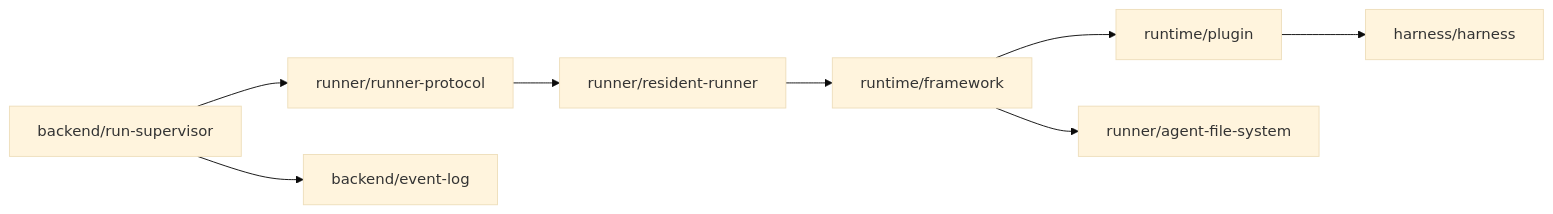
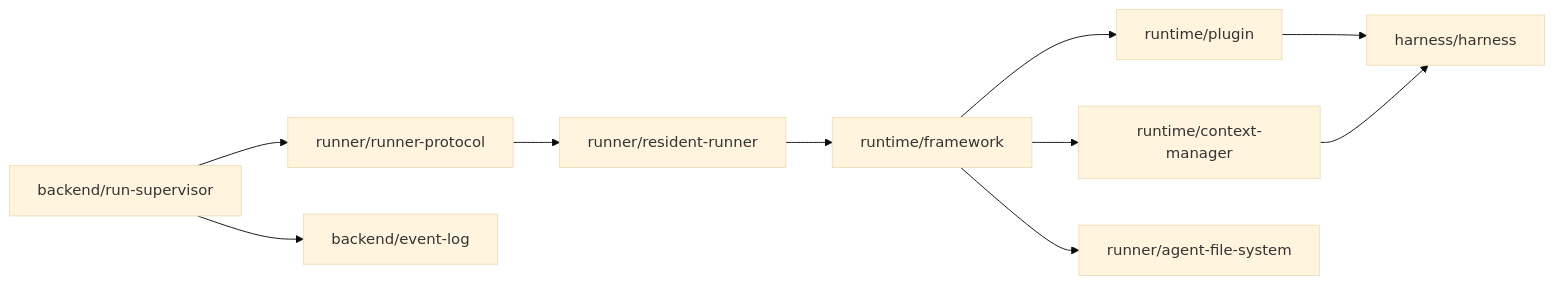
One commit to Chengchcc/my-agent-team changed the second of 3 diagrams in docs/architecture/map.md. Above: the diagram before and after it, drawn with Mermaid (base theme). The commit also changed 8 other files, not shown here.

Commit message:
docs(docs): add context-manager architecture page and cross-reference across runtime/harness/roadmap

````diff
--- a/docs/architecture/map.md
+++ b/docs/architecture/map.md
@@ -21,10 +21,12 @@
 ```mermaid
 flowchart LR
   RS[backend/run-supervisor] --> RP[runner/runner-protocol]
   RP --> RR[runner/resident-runner]
   RR --> FW[runtime/framework]
+  FW --> CM[runtime/context-manager]
   FW --> PL[runtime/plugin]
   PL --> HN[harness/harness]
+  CM --> HN
   FW --> AFS[runner/agent-file-system]
   RS --> EL[backend/event-log]
 ```
````
